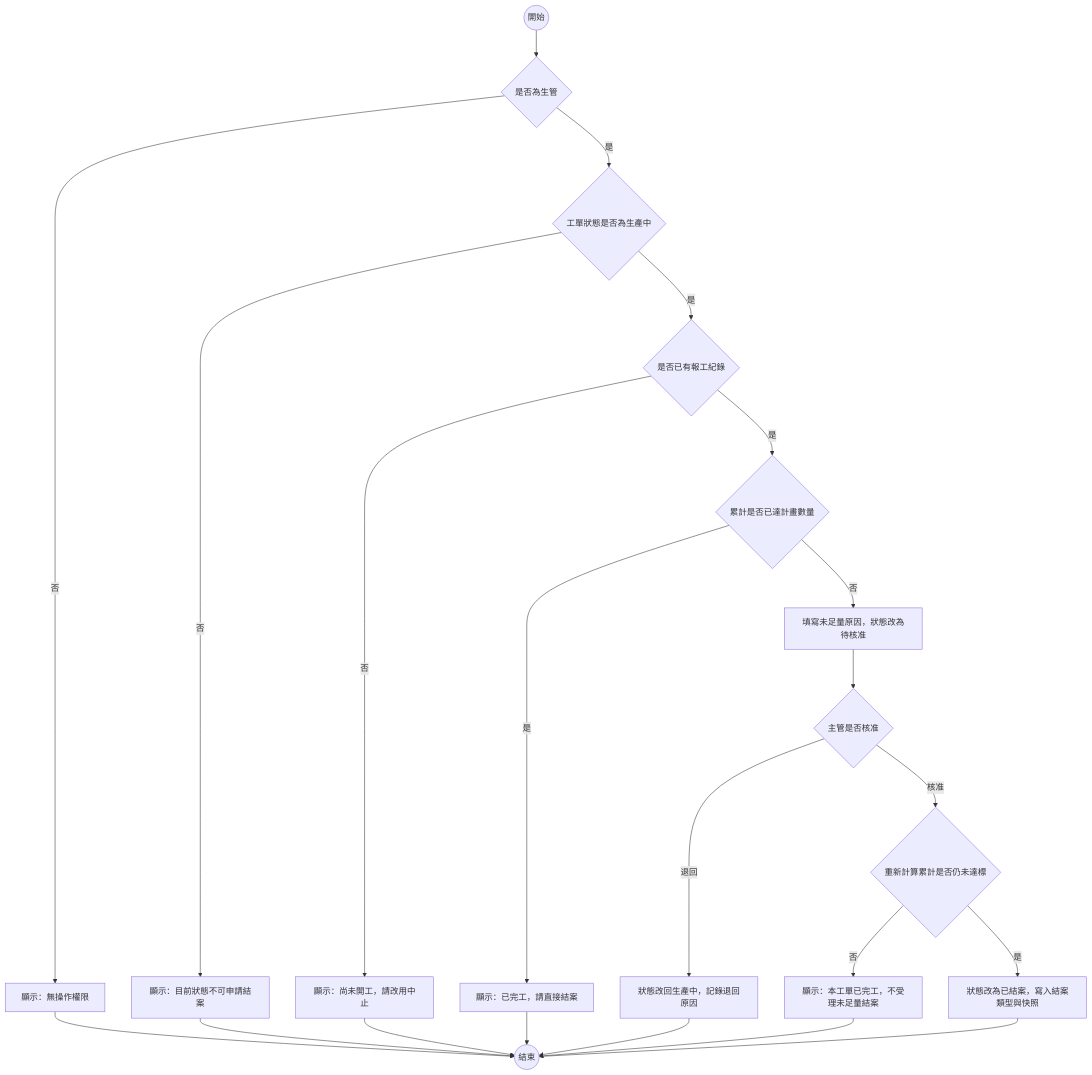
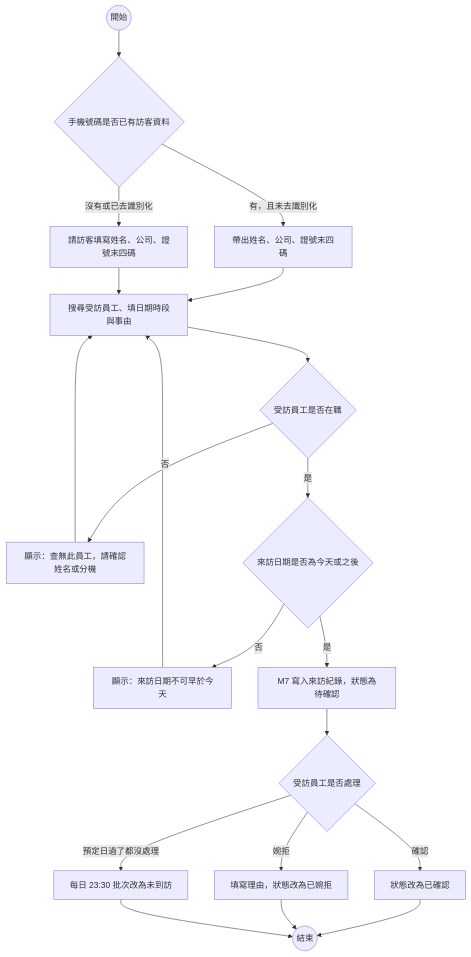
Before and after one commit to billy1125/system-analysis-and-design: the third of 9 diagrams in 03-example-reports/Design-Phase-Deliverables.md, drawn with Mermaid. The commit also changed other lines of this file and 30 other files, not shown here.

````diff
--- a/03-example-reports/Design-Phase-Deliverables.md
+++ b/03-example-reports/Design-Phase-Deliverables.md
@@ -584,24 +579,22 @@
 ```mermaid
 flowchart TD
-    START((開始)) --> C1{是否為生管}
-    C1 -->|否| X1[顯示：無操作權限]
-    C1 -->|是| C2{工單狀態是否為生產中}
-    C2 -->|否| X2[顯示：目前狀態不可申請結案]
-    C2 -->|是| C3{是否已有報工紀錄}
-    C3 -->|否| X3[顯示：尚未開工，請改用中止]
-    C3 -->|是| C4{累計是否已達計畫數量}
-    C4 -->|是| X4[顯示：已完工，請直接結案]
-    C4 -->|否| A1[填寫未足量原因，狀態改為待核准]
-    A1 --> C5{主管是否核准}
-    C5 -->|退回| A2[狀態改回生產中，記錄退回原因]
-    C5 -->|核准| C6{重新計算累計是否仍未達標}
-    C6 -->|否| X5[顯示：本工單已完工，不受理未足量結案]
-    C6 -->|是| A3[狀態改為已結案，寫入結案類型與快照]
-    A3 --> END((結束))
-    A2 --> END
-    X1 --> END
-    X2 --> END
-    X3 --> END
-    X4 --> END
-    X5 --> END
+    START((開始)) --> C1{手機號碼是否已有訪客資料}
+    C1 -->|有，且未去識別化| A1[帶出姓名、公司、證號末四碼]
+    C1 -->|沒有或已去識別化| A2[請訪客填寫姓名、公司、證號末四碼]
+    A1 --> A3[搜尋受訪員工、填日期時段與事由]
+    A2 --> A3
+    A3 --> C2{受訪員工是否在職}
+    C2 -->|否| X1[顯示：查無此員工，請確認姓名或分機]
+    X1 --> A3
+    C2 -->|是| C3{來訪日期是否為今天或之後}
+    C3 -->|否| X2[顯示：來訪日期不可早於今天]
+    X2 --> A3
+    C3 -->|是| A4[M7 寫入來訪紀錄，狀態為待確認]
+    A4 --> C4{受訪員工是否處理}
+    C4 -->|確認| A5[狀態改為已確認]
+    C4 -->|婉拒| A6[填寫理由，狀態改為已婉拒]
+    C4 -->|預定日過了都沒處理| A7[每日 23:30 批次改為未到訪]
+    A5 --> END((結束))
+    A6 --> END
+    A7 --> END
 ```
````
